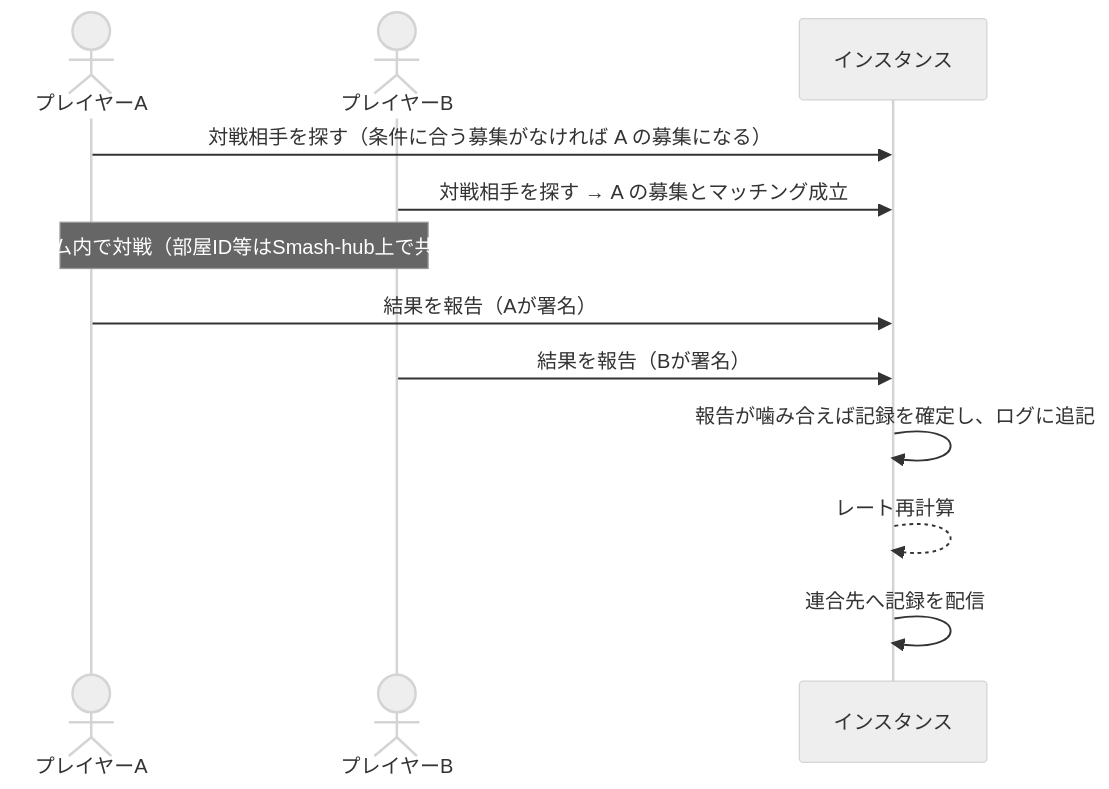
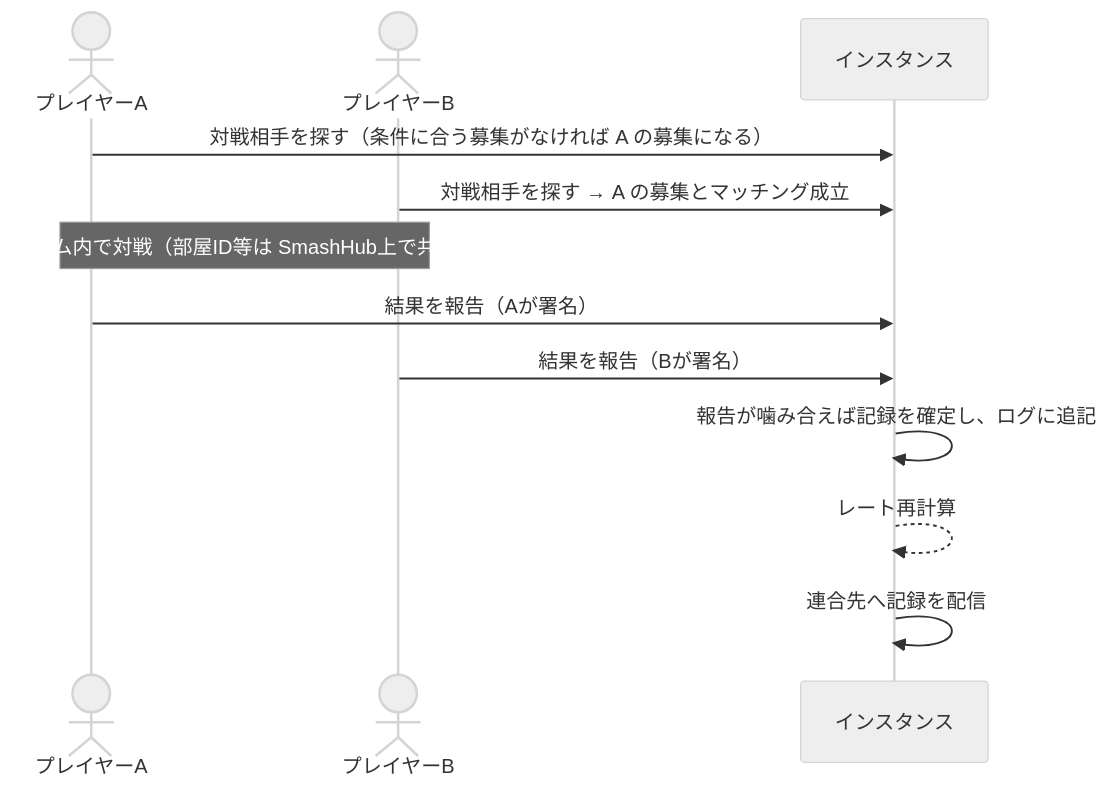
The second of 2 diagrams in docs/architecture/overview.md (tacky0612/smash-hub), drawn with Mermaid (neutral theme) before and after one commit. The commit also changed other lines of this file and 81 other files, not shown here.

````diff
--- a/docs/architecture/overview.md
+++ b/docs/architecture/overview.md
@@ -78,14 +78,14 @@
 ```mermaid
 sequenceDiagram
   actor A as プレイヤーA
   actor B as プレイヤーB
   participant S as インスタンス
   A->>S: 対戦相手を探す（条件に合う募集がなければ A の募集になる）
   B->>S: 対戦相手を探す → A の募集とマッチング成立
-  Note over A,B: ゲーム内で対戦（部屋ID等はSmash-hub上で共有）
+  Note over A,B: ゲーム内で対戦（部屋ID等は SmashHub上で共有）
   A->>S: 結果を報告（Aが署名）
   B->>S: 結果を報告（Bが署名）
   S->>S: 報告が噛み合えば記録を確定し、ログに追記
   S-->>S: レート再計算
   S->>S: 連合先へ記録を配信
 ```
````
